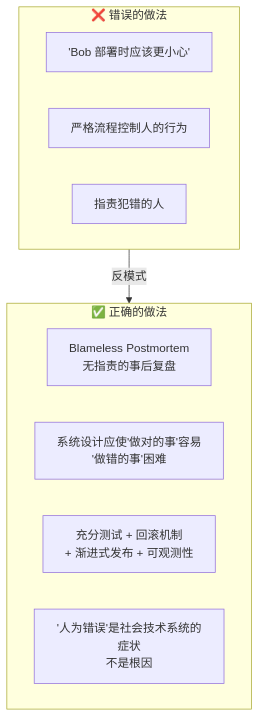
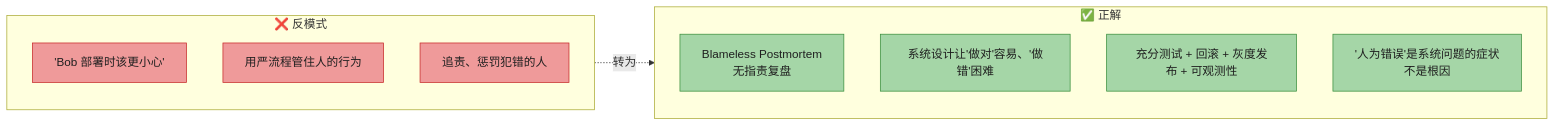
One commit to socoo123/ddia_2nd changed diagram 12 of 18 in ch02-定义非功能性需求.md. Above: the diagram before and after it, drawn with Mermaid. The commit also changed other lines of this file and 8 other files, not shown here.

First line of the commit message:
重写 ch01-ch09 读书笔记：风格统一 + 内容扩充 + 大量图表

````diff
--- a/ch02-定义非功能性需求.md
+++ b/ch02-定义非功能性需求.md
@@ -368,17 +571,25 @@
 ```mermaid
-graph TB
-    subgraph Wrong["❌ 错误的做法"]
-        W1["'Bob 部署时应该更小心'"]
-        W2["严格流程控制人的行为"]
-        W3["指责犯错的人"]
+flowchart LR
+    subgraph WRONG["❌ 反模式"]
+        W1["'Bob 部署时该更小心'"]
+        W2["用严流程管住人的行为"]
+        W3["追责、惩罚犯错的人"]
     end
 
-    subgraph Right["✅ 正确的做法"]
-        R1["Blameless Postmortem<br/>无指责的事后复盘"]
-        R2["系统设计应使'做对的事'容易<br/>'做错的事'困难"]
-        R3["充分测试 + 回滚机制<br/>+ 渐进式发布 + 可观测性"]
-        R4["'人为错误'是社会技术系统的症状<br/>不是根因"]
+    subgraph RIGHT["✅ 正解"]
+        R1["Blameless Postmortem<br/>无指责复盘"]
+        R2["系统设计让'做对'容易、'做错'困难"]
+        R3["充分测试 + 回滚 + 灰度发布 + 可观测性"]
+        R4["'人为错误'是系统问题的症状<br/>不是根因"]
     end
 
-    Wrong -->|"反模式"| Right
+    WRONG -.->|"转为"| RIGHT
+
+    style W1 fill:#EF9A9A,stroke:#C62828,color:#1f1f1f
+    style W2 fill:#EF9A9A,stroke:#C62828,color:#1f1f1f
+    style W3 fill:#EF9A9A,stroke:#C62828,color:#1f1f1f
+    style R1 fill:#A5D6A7,stroke:#388E3C,color:#1f1f1f
+    style R2 fill:#A5D6A7,stroke:#388E3C,color:#1f1f1f
+    style R3 fill:#A5D6A7,stroke:#388E3C,color:#1f1f1f
+    style R4 fill:#A5D6A7,stroke:#388E3C,color:#1f1f1f
 ```
````
